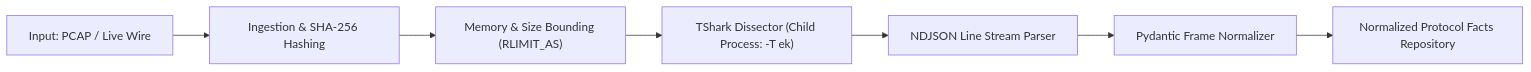
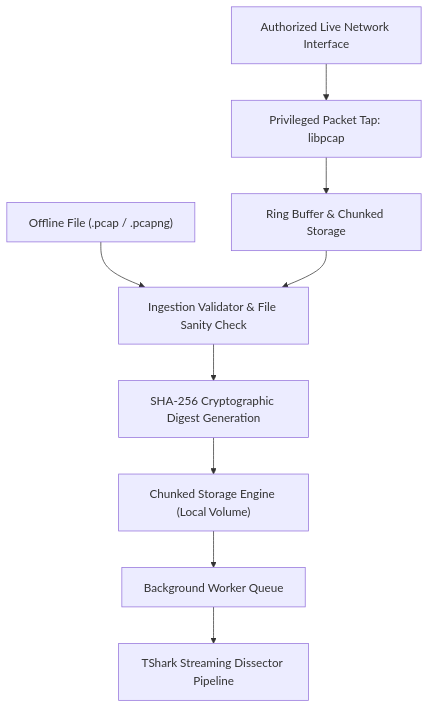
Before and after one commit to sharancode3/TunnelTrace-AI: the fourth of 14 diagrams in docs/TUNNELTRACE_AI_MASTER_DOCUMENT.md, drawn with Mermaid. The commit also changed other lines of this file, not shown here.

Commit message:
docs: update mentor master document with 60-part structure, markdown tables, and validated mermaid diagrams

````diff
--- a/docs/TUNNELTRACE_AI_MASTER_DOCUMENT.md
+++ b/docs/TUNNELTRACE_AI_MASTER_DOCUMENT.md
@@ -408,9 +383,11 @@
 ```mermaid
-graph LR
-    INPUT["Input: PCAP / Live Wire"] --> INGEST["Ingestion & SHA-256 Hashing"]
-    INGEST --> MEM_GUARD["Memory & Size Bounding (RLIMIT_AS)"]
-    MEM_GUARD --> TSHARK["TShark Dissector (Child Process: -T ek)"]
-    TSHARK --> STREAM["NDJSON Line Stream Parser"]
-    STREAM --> DTO["Pydantic Frame Normalizer"]
-    DTO --> FACTS["Normalized Protocol Facts Repository"]
+graph TD
+    IN1["Offline File (.pcap / .pcapng)"] --> VAL["Ingestion Validator & File Sanity Check"]
+    IN2["Authorized Live Network Interface"] --> TAP["Privileged Packet Tap: libpcap"]
+    TAP --> ROT["Ring Buffer & Chunked Storage"]
+    ROT --> VAL
+    VAL --> HASH["SHA-256 Cryptographic Digest Generation"]
+    HASH --> STR["Chunked Storage Engine (Local Volume)"]
+    STR --> JOBS["Background Worker Queue"]
+    JOBS --> PARSE["TShark Streaming Dissector Pipeline"]
 ```
````
